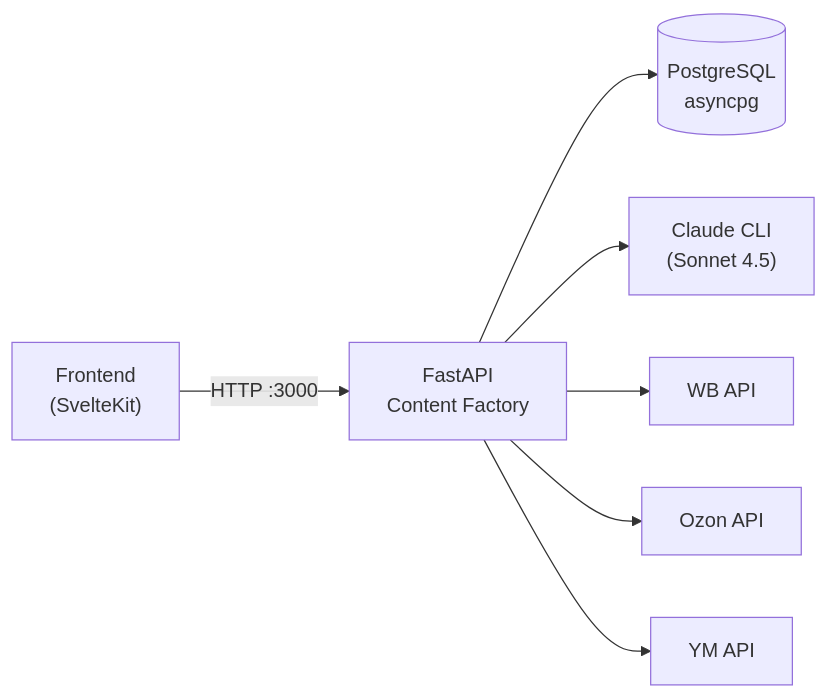
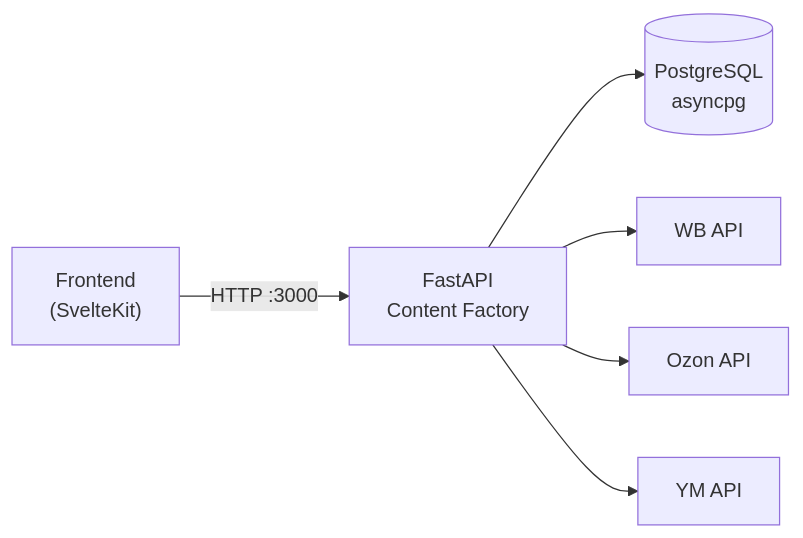
Before and after one commit to Sign25/Docs: the first of 4 diagrams in content_factory/adolf_content_factory_9_api_reference.md, drawn with Mermaid. The commit also changed other lines of this file, not shown here.

Commit message:
docs: update API Reference v1.2.24 - add vendor_code, fix validation limits

````diff
--- a/content_factory/adolf_content_factory_9_api_reference.md
+++ b/content_factory/adolf_content_factory_9_api_reference.md
@@ -26,9 +26,8 @@
 ```mermaid
 flowchart LR
     CLIENT["Frontend<br/>(SvelteKit)"] -->|"HTTP :3000"| API["FastAPI<br/>Content Factory"]
     API --> DB[("PostgreSQL<br/>asyncpg")]
-    API --> AI["Claude CLI<br/>(Sonnet 4.5)"]
     API --> WB["WB API"]
     API --> OZON["Ozon API"]
     API --> YM["YM API"]
 ```
````
